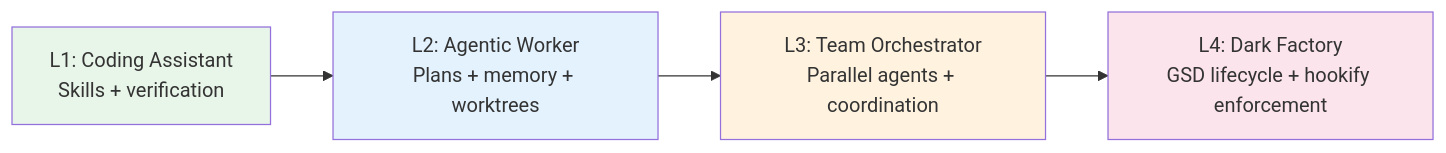
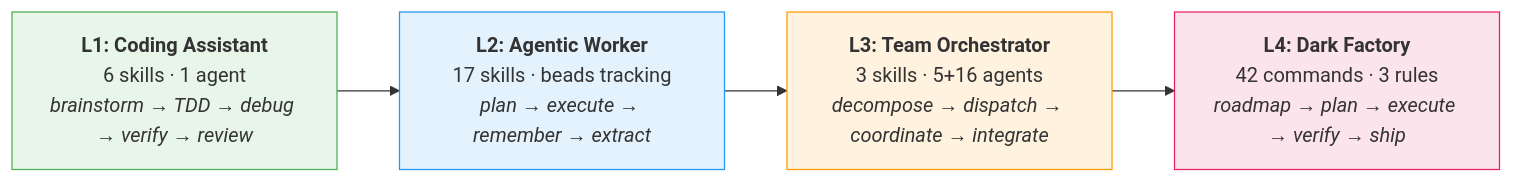
The first of 2 diagrams in README.md (jw409/kinderpowers), drawn with Mermaid before and after one commit. The commit also changed other lines of this file and 4 other files, not shown here.

````diff
--- a/README.md
+++ b/README.md
@@ -18,10 +20,12 @@
 ```mermaid
 graph LR
-    L1["L1: Coding Assistant<br/>Skills + verification"] --> L2["L2: Agentic Worker<br/>Plans + memory + worktrees"]
-    L2 --> L3["L3: Team Orchestrator<br/>Parallel agents + coordination"]
-    L3 --> L4["L4: Dark Factory<br/>GSD lifecycle + hookify enforcement"]
-    style L1 fill:#e8f5e9
-    style L2 fill:#e3f2fd
-    style L3 fill:#fff3e0
-    style L4 fill:#fce4ec
+    L1["<b>L1: Coding Assistant</b><br/>6 skills · 1 agent<br/><i>brainstorm → TDD → debug → verify → review</i>"]
+    L2["<b>L2: Agentic Worker</b><br/>17 skills · beads tracking<br/><i>plan → execute → remember → extract</i>"]
+    L3["<b>L3: Team Orchestrator</b><br/>3 skills · 5+16 agents<br/><i>decompose → dispatch → coordinate → integrate</i>"]
+    L4["<b>L4: Dark Factory</b><br/>42 commands · 3 rules<br/><i>roadmap → plan → execute → verify → ship</i>"]
+    L1 --> L2 --> L3 --> L4
+    style L1 fill:#e8f5e9,stroke:#4caf50
+    style L2 fill:#e3f2fd,stroke:#2196f3
+    style L3 fill:#fff3e0,stroke:#ff9800
+    style L4 fill:#fce4ec,stroke:#e91e63
 ```
````
